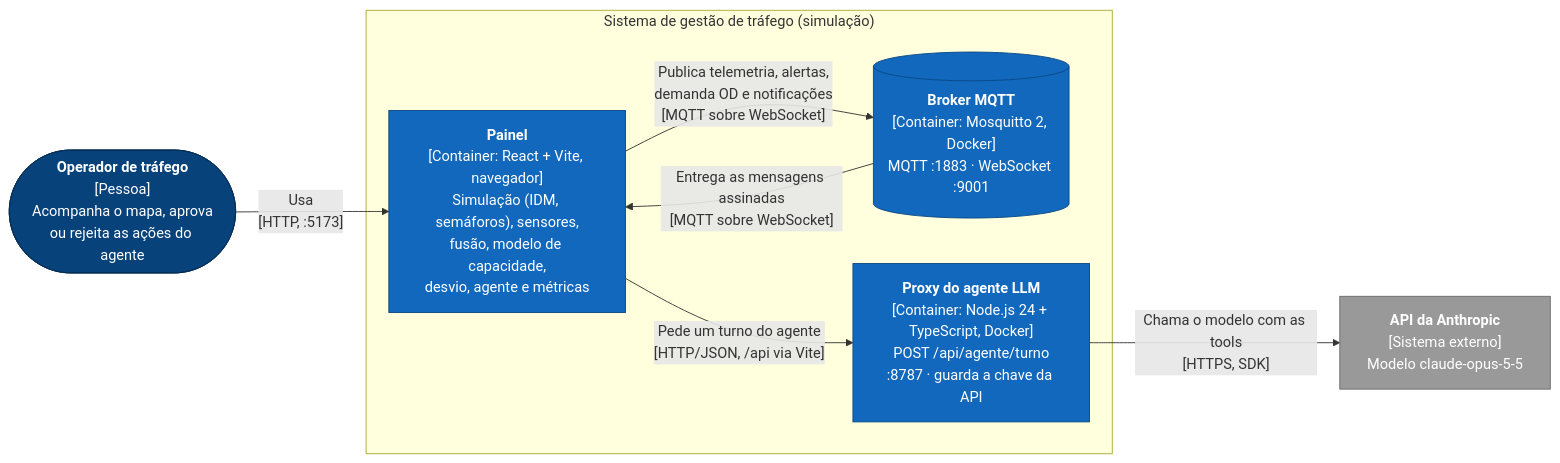
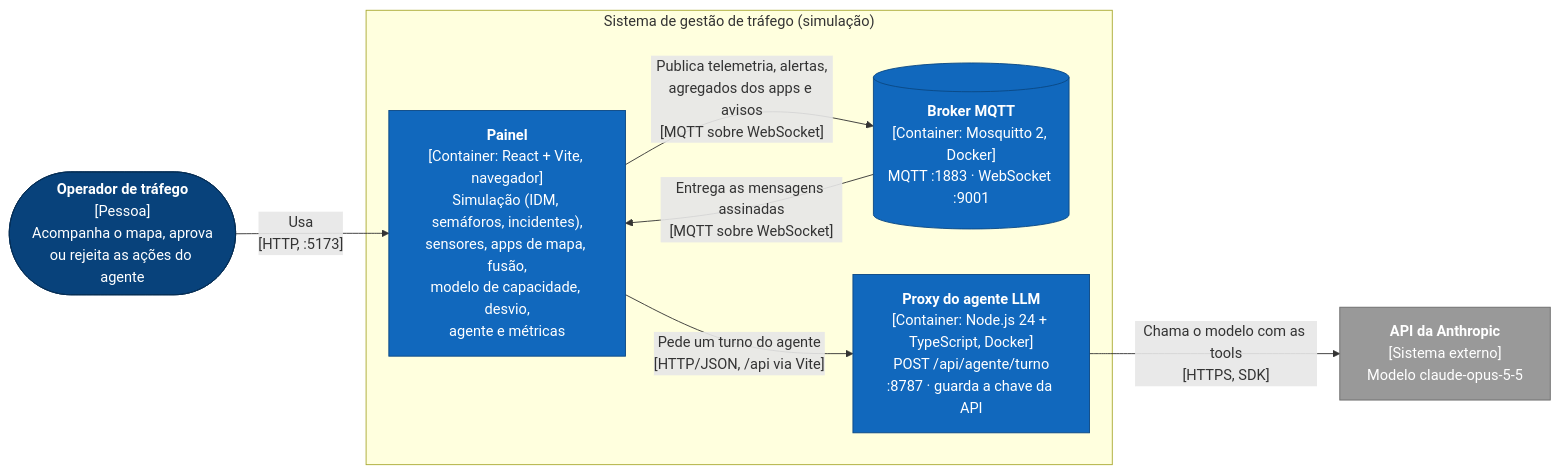
One commit to EdsonHenrique96/global-solution-2 changed the third of 3 diagrams in 2TIAO/GLOBAL-SOLUTION-2/GETTING_STARTED.md. Above: the diagram before and after it, drawn with Mermaid. The commit also changed other lines of this file and 1 other file, not shown here.

````diff
--- a/2TIAO/GLOBAL-SOLUTION-2/GETTING_STARTED.md
+++ b/2TIAO/GLOBAL-SOLUTION-2/GETTING_STARTED.md
@@ -90,25 +97,25 @@
 ```mermaid
 flowchart LR
     operador(["<b>Operador de tráfego</b><br/>[Pessoa]<br/>Acompanha o mapa, aprova<br/>ou rejeita as ações do agente"])
 
     subgraph sistema["Sistema de gestão de tráfego (simulação)"]
-        painel["<b>Painel</b><br/>[Container: React + Vite, navegador]<br/>Simulação (IDM, semáforos), sensores,<br/>fusão, modelo de capacidade,<br/>desvio, agente e métricas"]
+        painel["<b>Painel</b><br/>[Container: React + Vite, navegador]<br/>Simulação (IDM, semáforos, incidentes),<br/>sensores, apps de mapa, fusão,<br/>modelo de capacidade, desvio,<br/>agente e métricas"]
         broker[("<b>Broker MQTT</b><br/>[Container: Mosquitto 2, Docker]<br/>MQTT :1883 · WebSocket :9001")]
         proxy["<b>Proxy do agente LLM</b><br/>[Container: Node.js 24 + TypeScript, Docker]<br/>POST /api/agente/turno<br/>:8787 · guarda a chave da API"]
     end
 
     llm["<b>API da Anthropic</b><br/>[Sistema externo]<br/>Modelo claude-opus-5-5"]
 
     operador -- "Usa<br/>[HTTP, :5173]" --> painel
-    painel -- "Publica telemetria, alertas,<br/>demanda OD e notificações<br/>[MQTT sobre WebSocket]" --> broker
+    painel -- "Publica telemetria, alertas,<br/>agregados dos apps e avisos<br/>[MQTT sobre WebSocket]" --> broker
     broker -- "Entrega as mensagens assinadas<br/>[MQTT sobre WebSocket]" --> painel
     painel -- "Pede um turno do agente<br/>[HTTP/JSON, /api via Vite]" --> proxy
     proxy -- "Chama o modelo com as tools<br/>[HTTPS, SDK]" --> llm
 
     classDef person fill:#08427b,stroke:#052e56,color:#fff
     classDef container fill:#1168bd,stroke:#0b4884,color:#fff
     classDef external fill:#999,stroke:#6b6b6b,color:#fff
     class operador person
     class painel,broker,proxy container
     class llm external
 ```
````
